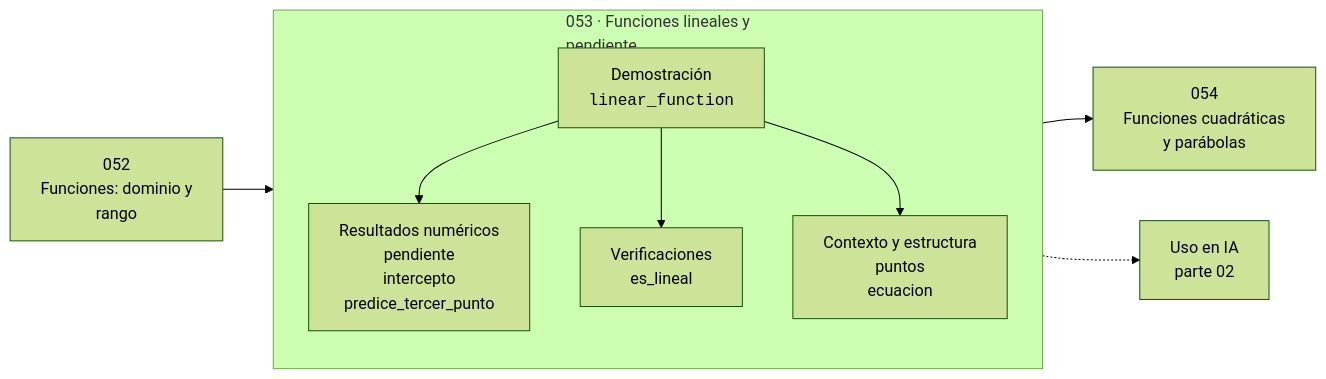
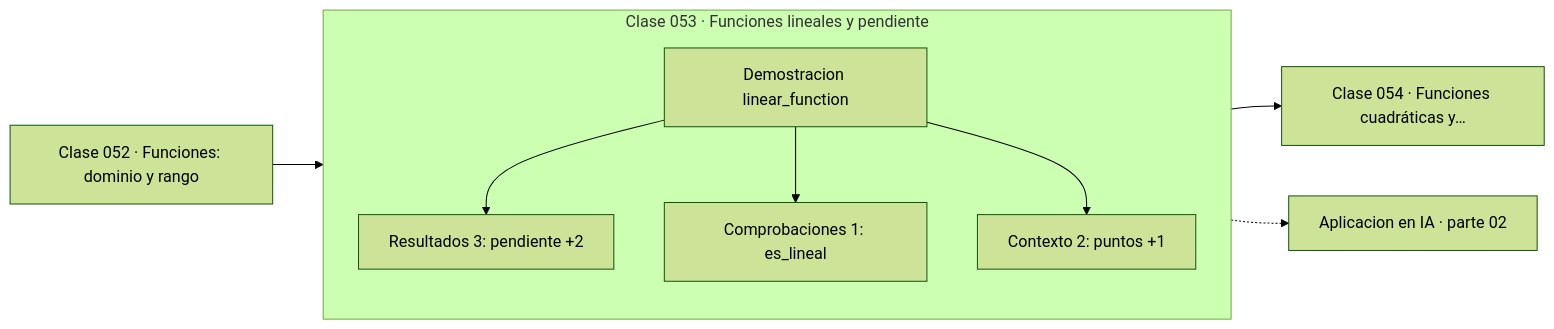
Before and after one commit to vladimiracunadev-create/computational-mathematics-program: the diagram in classes/part-02-algebra-y-funciones/053-funciones-lineales-y-pendiente/README.md, drawn with Mermaid (forest theme). The commit also changed 389 other files, not shown here.

First line of the commit message:
fix(diagramas): elimina el HTML de las etiquetas Mermaid

````diff
--- a/classes/part-02-algebra-y-funciones/053-funciones-lineales-y-pendiente/README.md
+++ b/classes/part-02-algebra-y-funciones/053-funciones-lineales-y-pendiente/README.md
@@ -35,12 +35,13 @@
 ```mermaid
 flowchart LR
-    P["052<br/>Funciones: dominio y<br/>rango"] --> C
-    subgraph C["053 · Funciones lineales y<br/>pendiente"]
+    P["Clase 052 · Funciones: dominio y rango"] --> D
+    subgraph CLASE["Clase 053 · Funciones lineales y pendiente"]
         direction TB
-        D["Demostración<br/><code>linear_function</code>"] --> R["Resultados numéricos<br/>pendiente<br/>intercepto<br/>predice_tercer_punto"]
-        D --> V["Verificaciones<br/>es_lineal"]
-        D --> O["Contexto y estructura<br/>puntos<br/>ecuacion"]
+        D["Demostracion linear_function"]
+        D --> R["Resultados 3: pendiente +2"]
+        D --> V["Comprobaciones 1: es_lineal"]
+        D --> O["Contexto 2: puntos +1"]
     end
-    C --> N["054<br/>Funciones cuadráticas<br/>y parábolas"]
-    C -.-> IA["Uso en IA<br/>parte 02"]
+    R --> N["Clase 054 · Funciones cuadráticas y…"]
+    V -.-> IA["Aplicacion en IA · parte 02"]
 ```
````
